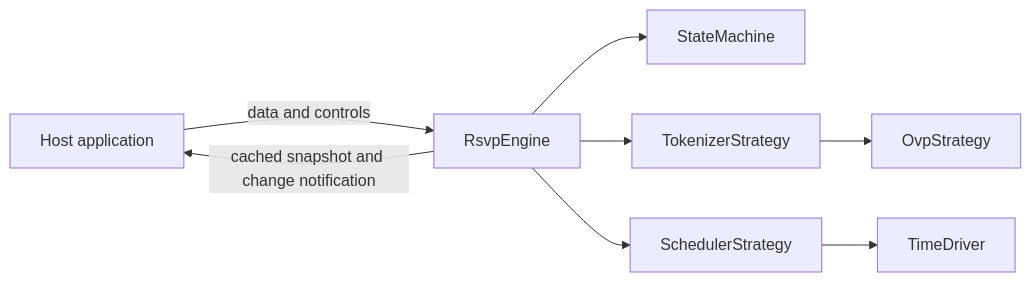
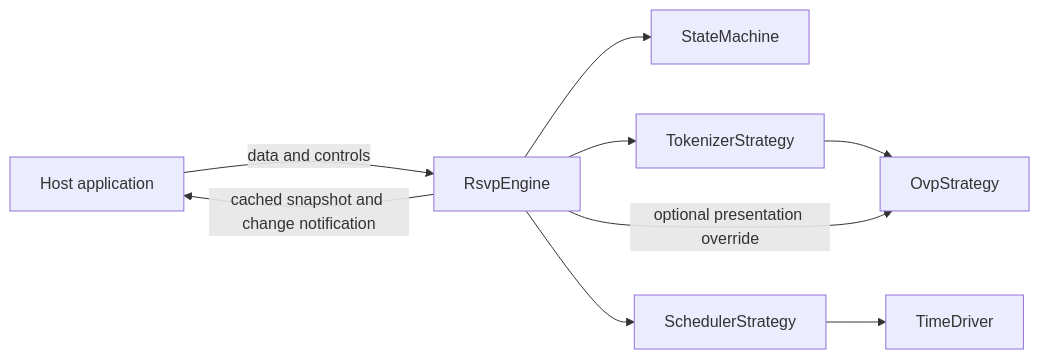
The diagram in packages/core/docs/architecture/README.md (altunmustafa/rsvp-engine), drawn with Mermaid before and after one commit. The commit also changed other lines of this file and 66 other files, not shown here.

````diff
--- a/packages/core/docs/architecture/README.md
+++ b/packages/core/docs/architecture/README.md
@@ -7,10 +7,11 @@
 ```mermaid
 flowchart LR
     Host["Host application"] -->|"data and controls"| Engine["RsvpEngine"]
     Engine --> State["StateMachine"]
     Engine --> Tokenizer["TokenizerStrategy"]
     Tokenizer --> OVP["OvpStrategy"]
+    Engine -->|"optional presentation override"| OVP
     Engine --> Scheduler["SchedulerStrategy"]
     Scheduler --> Driver["TimeDriver"]
     Engine -->|"cached snapshot and change notification"| Host
 ```
````
